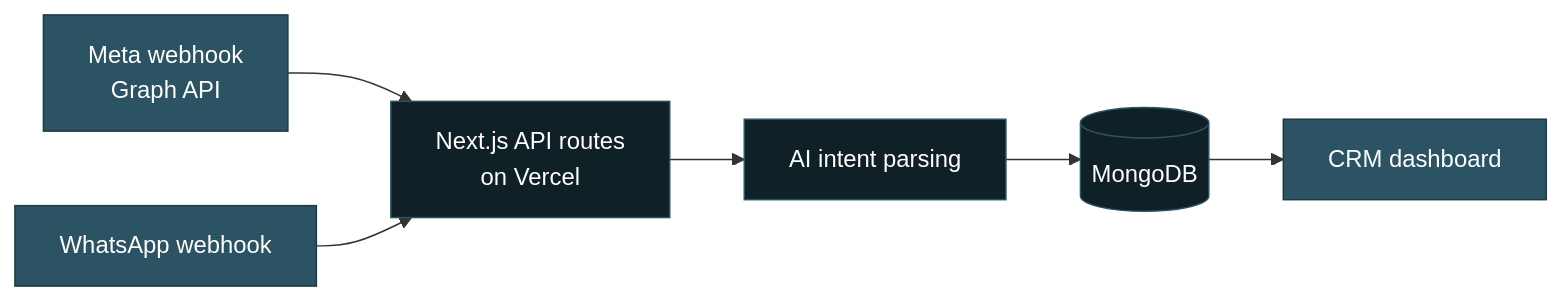
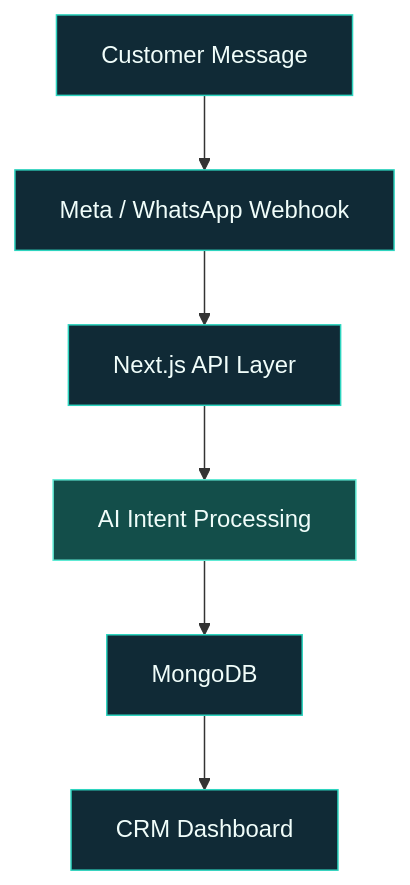
One commit to Talha0708/Talha0708 changed the first of 2 diagrams in README.md. Above: the diagram before and after it, drawn with Mermaid. The commit also changed other lines of this file, not shown here.

````diff
--- a/README.md
+++ b/README.md
@@ -132,13 +139,15 @@
 ```mermaid
-flowchart LR
-    M["Meta webhook<br/>Graph API"] --> API["Next.js API routes<br/>on Vercel"]
-    W["WhatsApp webhook"] --> API
-    API --> AI["AI intent parsing"]
-    AI --> DB[("MongoDB")]
-    DB --> UI["CRM dashboard"]
+flowchart TD
+    A["Customer Message"] --> B["Meta / WhatsApp Webhook"]
+    B --> C["Next.js API Layer"]
+    C --> D["AI Intent Processing"]
+    D --> E["MongoDB"]
+    E --> F["CRM Dashboard"]
 
-    classDef entry fill:#2c5364,stroke:#203a43,color:#ffffff
-    classDef core fill:#0f2027,stroke:#2c5364,color:#ffffff
-    class M,W,UI entry
-    class API,AI,DB core
+    style A fill:#102A36,stroke:#2DD4BF,color:#F0FDFA
+    style B fill:#102A36,stroke:#2DD4BF,color:#F0FDFA
+    style C fill:#102A36,stroke:#2DD4BF,color:#F0FDFA
+    style D fill:#134E4A,stroke:#5EEAD4,color:#F0FDFA
+    style E fill:#102A36,stroke:#2DD4BF,color:#F0FDFA
+    style F fill:#102A36,stroke:#2DD4BF,color:#F0FDFA
 ```
````
